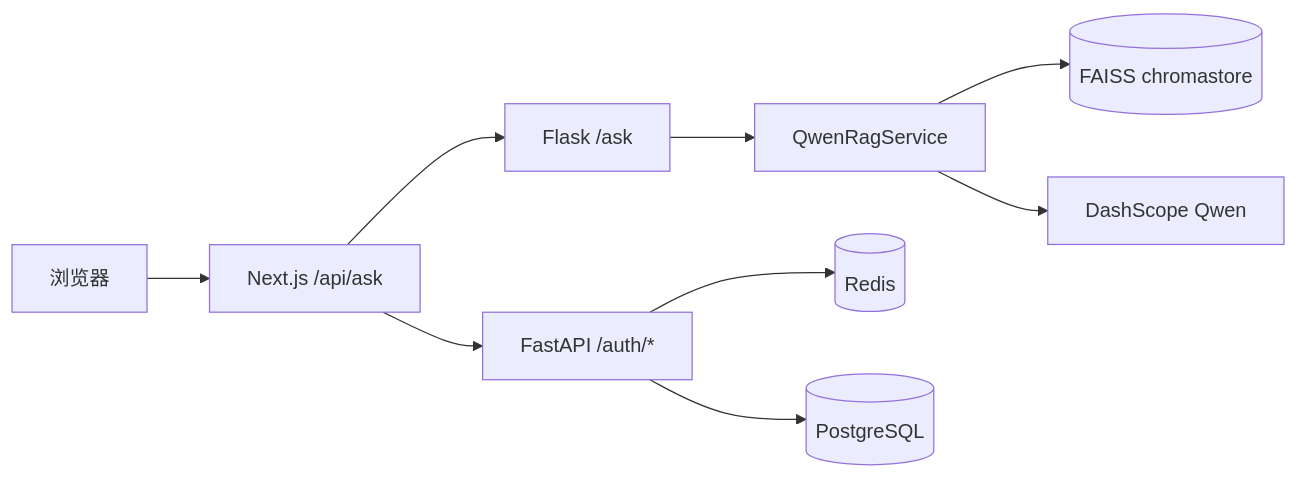
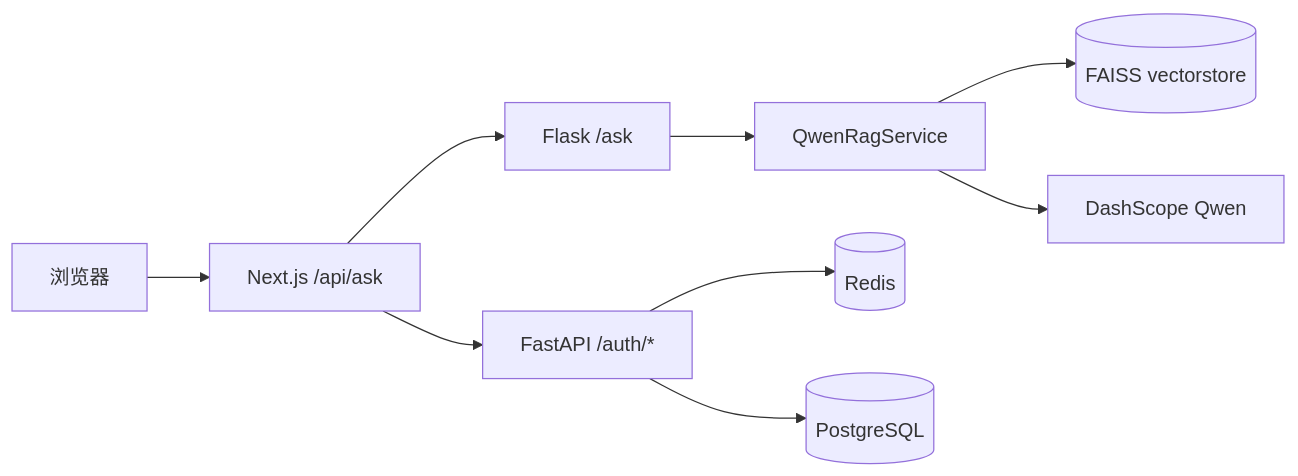
Before and after one commit to vip001/LLM: the diagram in README.md, drawn with Mermaid. The commit also changed other lines of this file and 26 other files, not shown here.

````diff
--- a/README.md
+++ b/README.md
@@ -61,11 +61,11 @@
 ```mermaid
 flowchart LR
   Browser[浏览器] --> Next[Next.js /api/ask]
   Next --> Flask[Flask /ask]
   Next --> Auth[FastAPI /auth/*]
   Flask --> RAG[QwenRagService]
-  RAG --> FAISS[(FAISS chromastore)]
+  RAG --> FAISS[(FAISS vectorstore)]
   RAG --> DS[DashScope Qwen]
   Auth --> Redis[(Redis)]
   Auth --> Postgres[(PostgreSQL)]
 ```
````
